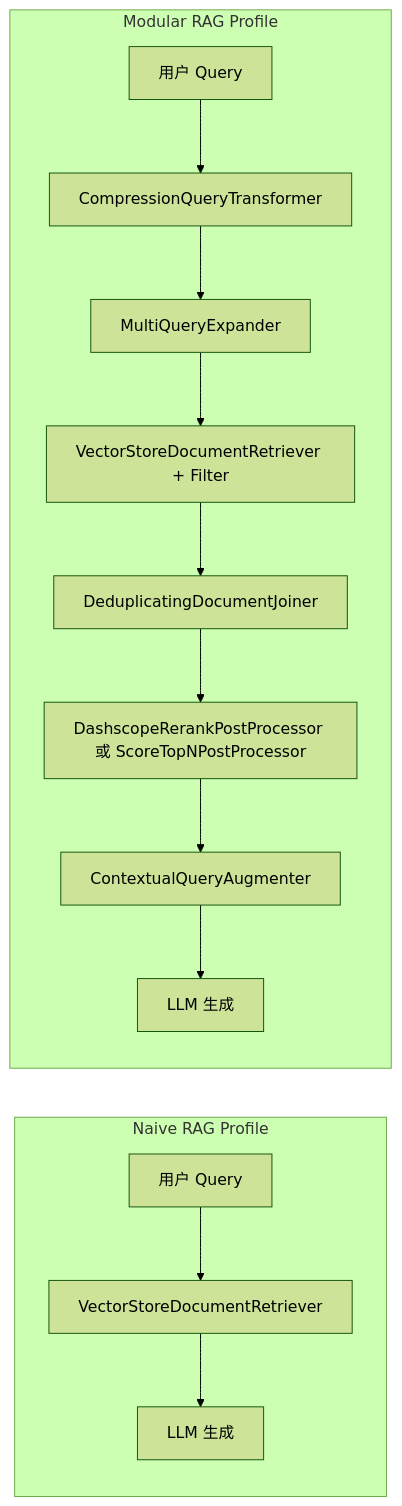
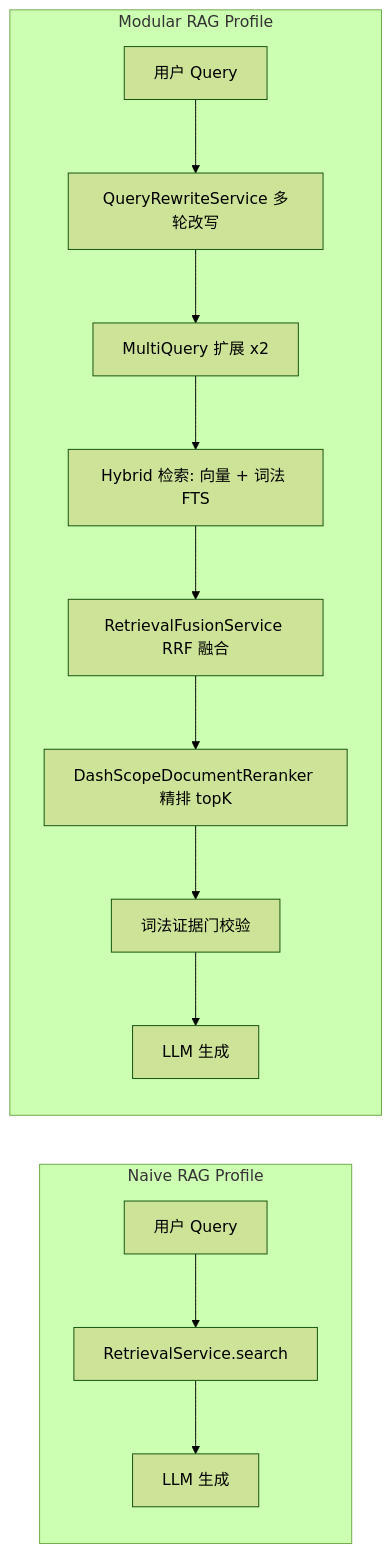
The tenth of 11 diagrams in docs/architecture/KnowSource-RAG-架构设计文档.md (codeson-1/KnowSource), drawn with Mermaid (forest theme) before and after one commit. The commit also changed other lines of this file and 9 other files, not shown here.

First line of the commit message:
docs: update architecture and spike documentation

````diff
--- a/docs/architecture/KnowSource-RAG-架构设计文档.md
+++ b/docs/architecture/KnowSource-RAG-架构设计文档.md
@@ -902,16 +972,16 @@
 ```mermaid
 flowchart LR
     subgraph naive [Naive RAG Profile]
-        Q1[用户 Query] --> R1[VectorStoreDocumentRetriever]
+        Q1[用户 Query] --> R1[RetrievalService.search]
         R1 --> G1[LLM 生成]
     end
     subgraph modular [Modular RAG Profile]
-        Q2[用户 Query] --> CQT[CompressionQueryTransformer]
-        CQT --> MQE[MultiQueryExpander]
-        MQE --> R2[VectorStoreDocumentRetriever + Filter]
-        R2 --> J[DeduplicatingDocumentJoiner]
-        J --> PP[DashscopeRerankPostProcessor 或 ScoreTopNPostProcessor]
-        PP --> QA[ContextualQueryAugmenter]
-        QA --> G2[LLM 生成]
+        Q2[用户 Query] --> CQT[QueryRewriteService 多轮改写]
+        CQT --> MQE[MultiQuery 扩展 x2]
+        MQE --> HR[Hybrid 检索: 向量 + 词法 FTS]
+        HR --> RRF[RetrievalFusionService RRF 融合]
+        RRF --> RK[DashScopeDocumentReranker 精排 topK]
+        RK --> LEX[词法证据门校验]
+        LEX --> G2[LLM 生成]
     end
 ```
````
